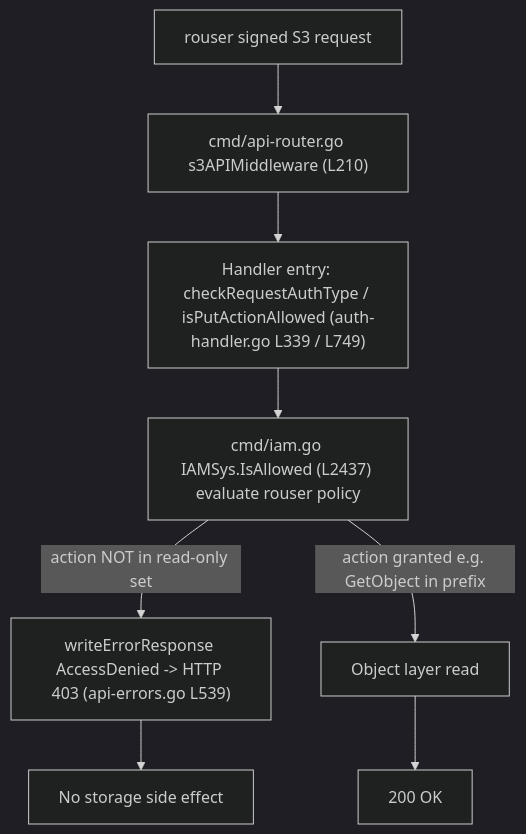
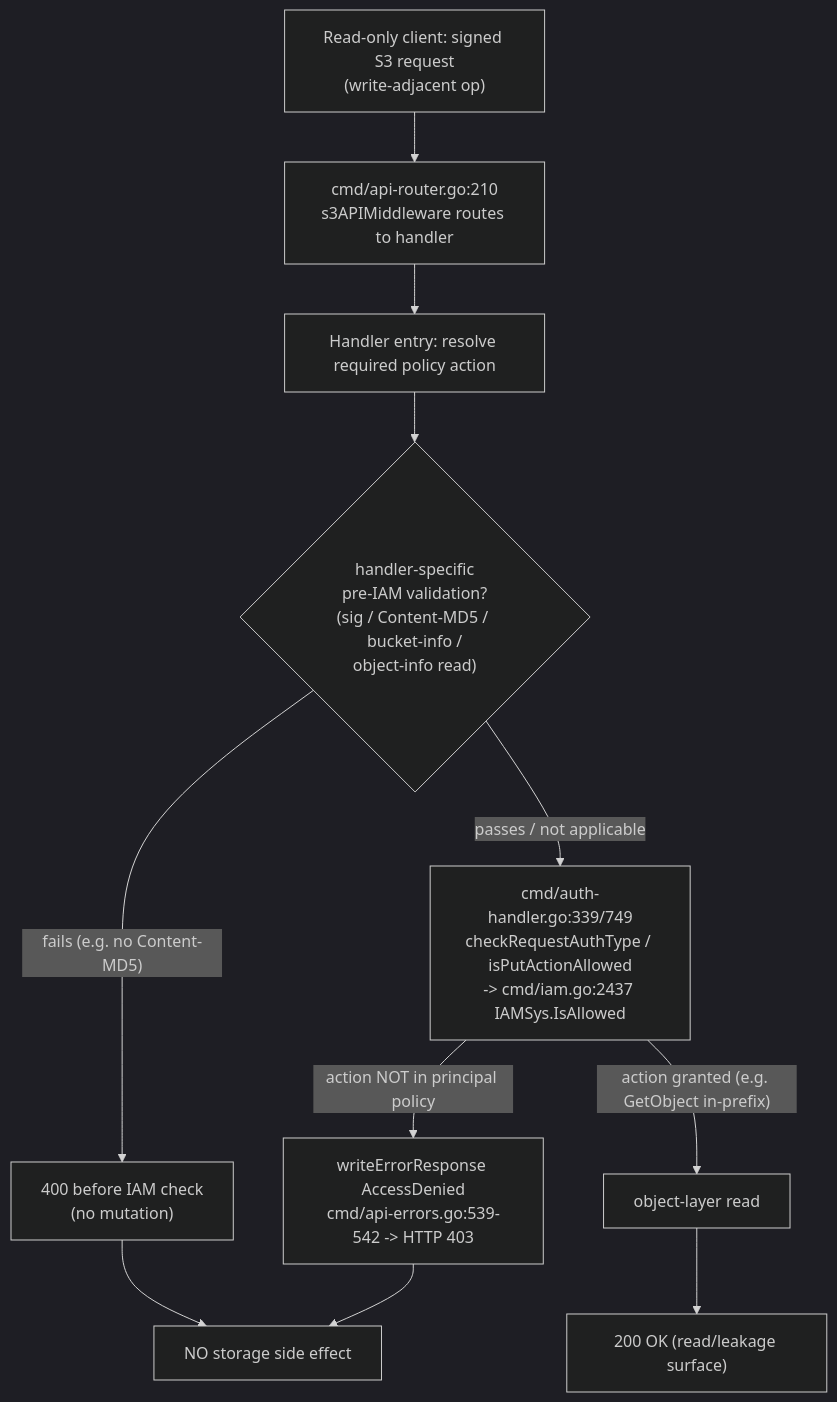
Before and after one commit to blitzy-research/minio: the diagram in blitzy/documentation/minio_c07e5b49d477.md, drawn with Mermaid (dark theme). The commit also changed other lines of this file, not shown here.

First line of the commit message:
docs: address QA review findings on MinIO read-only IAM boundary investigation

````diff
--- a/blitzy/documentation/minio_c07e5b49d477.md
+++ b/blitzy/documentation/minio_c07e5b49d477.md
@@ -264,10 +408,15 @@
 ```mermaid
 flowchart TD
-    A[rouser signed S3 request] --> B["cmd/api-router.go s3APIMiddleware (L210)"]
-    B --> C["Handler entry: checkRequestAuthType / isPutActionAllowed (auth-handler.go L339 / L749)"]
-    C --> D["cmd/iam.go IAMSys.IsAllowed (L2437) evaluate rouser policy"]
-    D -->|action NOT in read-only set| E["writeErrorResponse AccessDenied -> HTTP 403 (api-errors.go L539)"]
-    D -->|action granted e.g. GetObject in prefix| F[Object layer read]
-    E --> G[No storage side effect]
-    F --> H[200 OK]
+    A["Read-only client: signed S3 request<br/>(write-adjacent op)"] --> B["cmd/api-router.go:210<br/>s3APIMiddleware routes to handler"]
+    B --> C["Handler entry: resolve required policy action"]
+    C --> V{"handler-specific<br/>pre-IAM validation?<br/>(sig / Content-MD5 / bucket-info /<br/>object-info read)"}
+    V -->|"fails (e.g. no Content-MD5)"| E400["400 before IAM check<br/>(no mutation)"]
+    V -->|"passes / not applicable"| D["cmd/auth-handler.go:339/749<br/>checkRequestAuthType / isPutActionAllowed<br/>-> cmd/iam.go:2437 IAMSys.IsAllowed"]
+    D -->|"action NOT in principal policy"| E["writeErrorResponse AccessDenied<br/>cmd/api-errors.go:539-542 -> HTTP 403"]
+    D -->|"action granted (e.g. GetObject in-prefix)"| F["object-layer read"]
+    E --> G["NO storage side effect"]
+    E400 --> G
+    F --> H["200 OK (read/leakage surface)"]
+    %% Deny (and the pre-IAM 400) both return before any object-layer MUTATION.
+    %% Concurrent writers never enter this principal's decision.
 ```
````
